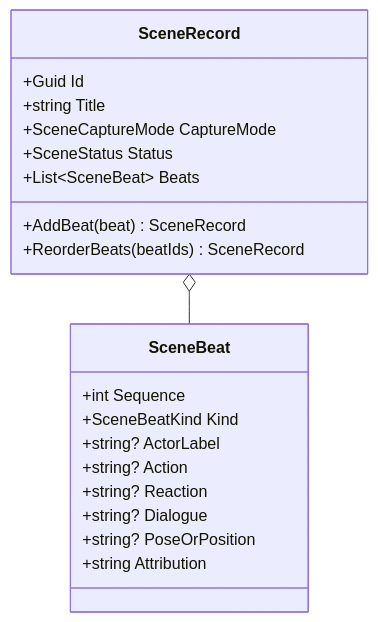
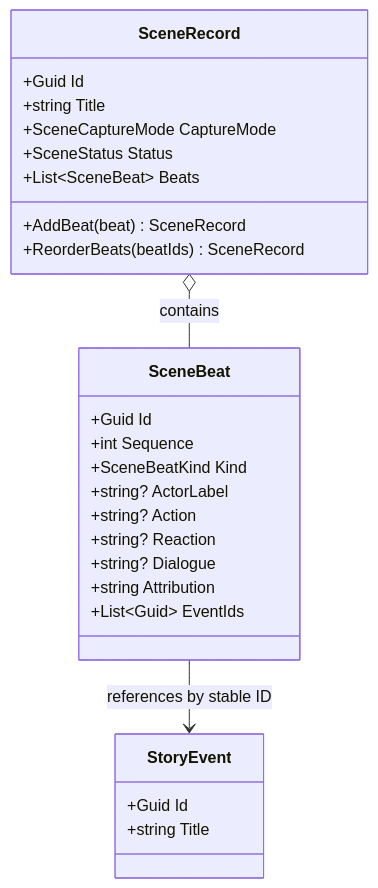
The diagram in docs/UML/SceneRecordUML.md (TrentBest/StoryBuilder), drawn with Mermaid before and after one commit. The commit also changed other lines of this file and 10 other files, not shown here.

Commit message:
Persist event links on individual scene beats

````diff
--- a/docs/UML/SceneRecordUML.md
+++ b/docs/UML/SceneRecordUML.md
@@ -5,23 +5,29 @@
 ```mermaid
 classDiagram
-class SceneRecord {
-  +Guid Id
-  +string Title
-  +SceneCaptureMode CaptureMode
-  +SceneStatus Status
-  +List~SceneBeat~ Beats
-  +AddBeat(beat) SceneRecord
-  +ReorderBeats(beatIds) SceneRecord
-}
-class SceneBeat {
-  +int Sequence
-  +SceneBeatKind Kind
-  +string? ActorLabel
-  +string? Action
-  +string? Reaction
-  +string? Dialogue
-  +string? PoseOrPosition
-  +string Attribution
-}
-SceneRecord o-- SceneBeat
+    class SceneRecord {
+        +Guid Id
+        +string Title
+        +SceneCaptureMode CaptureMode
+        +SceneStatus Status
+        +List~SceneBeat~ Beats
+        +AddBeat(beat) SceneRecord
+        +ReorderBeats(beatIds) SceneRecord
+    }
+    class SceneBeat {
+        +Guid Id
+        +int Sequence
+        +SceneBeatKind Kind
+        +string? ActorLabel
+        +string? Action
+        +string? Reaction
+        +string? Dialogue
+        +string Attribution
+        +List~Guid~ EventIds
+    }
+    class StoryEvent {
+        +Guid Id
+        +string Title
+    }
+    SceneRecord o-- SceneBeat : contains
+    SceneBeat --> StoryEvent : references by stable ID
 ```
````
